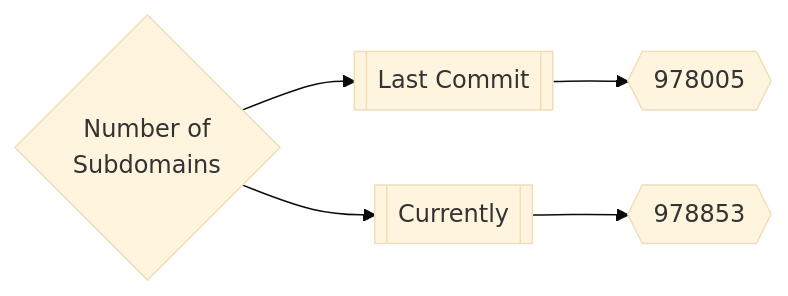
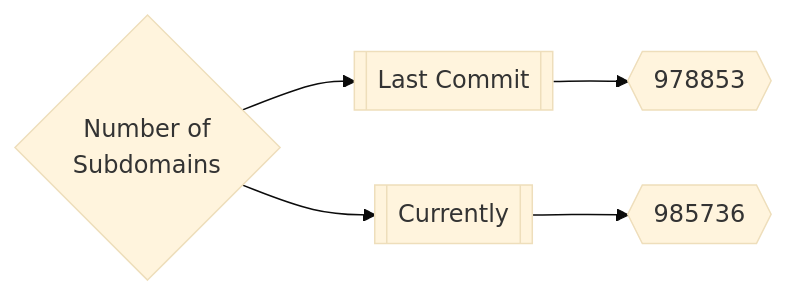
The first of 3 diagrams in README.md (trickest/inventory), drawn with Mermaid (base theme) before and after one commit.

Commit message:
Update README.md Thu Jul 28 21:20:39 UTC 2022

````diff
--- a/README.md
+++ b/README.md
@@ -167,5 +167,5 @@
 ```mermaid
 graph LR
-title{Number of<br>Subdomains} --> subdomainsDate1[[Last Commit]] --> subdomainsNum1{{978005}}
-title --> subdomainsDate2[[Currently]] --> subdomainsNum2{{978853}}
+title{Number of<br>Subdomains} --> subdomainsDate1[[Last Commit]] --> subdomainsNum1{{978853}}
+title --> subdomainsDate2[[Currently]] --> subdomainsNum2{{985736}}
 ```
````
